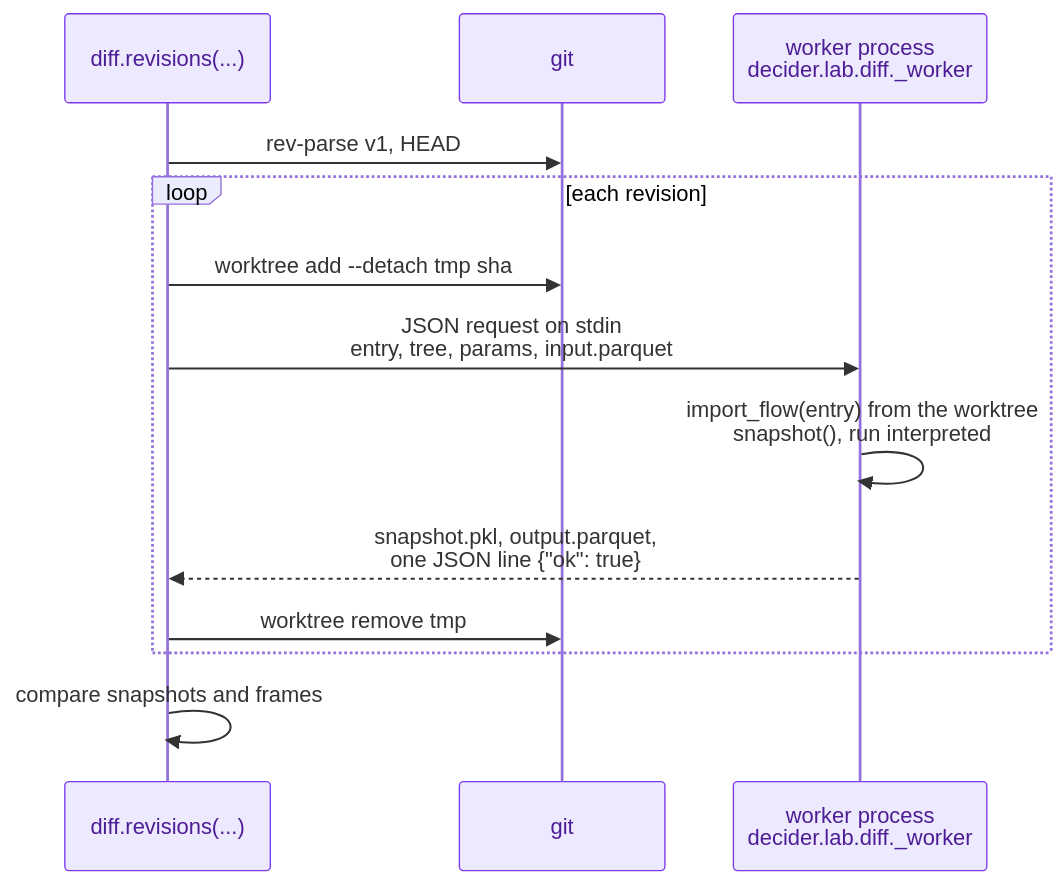
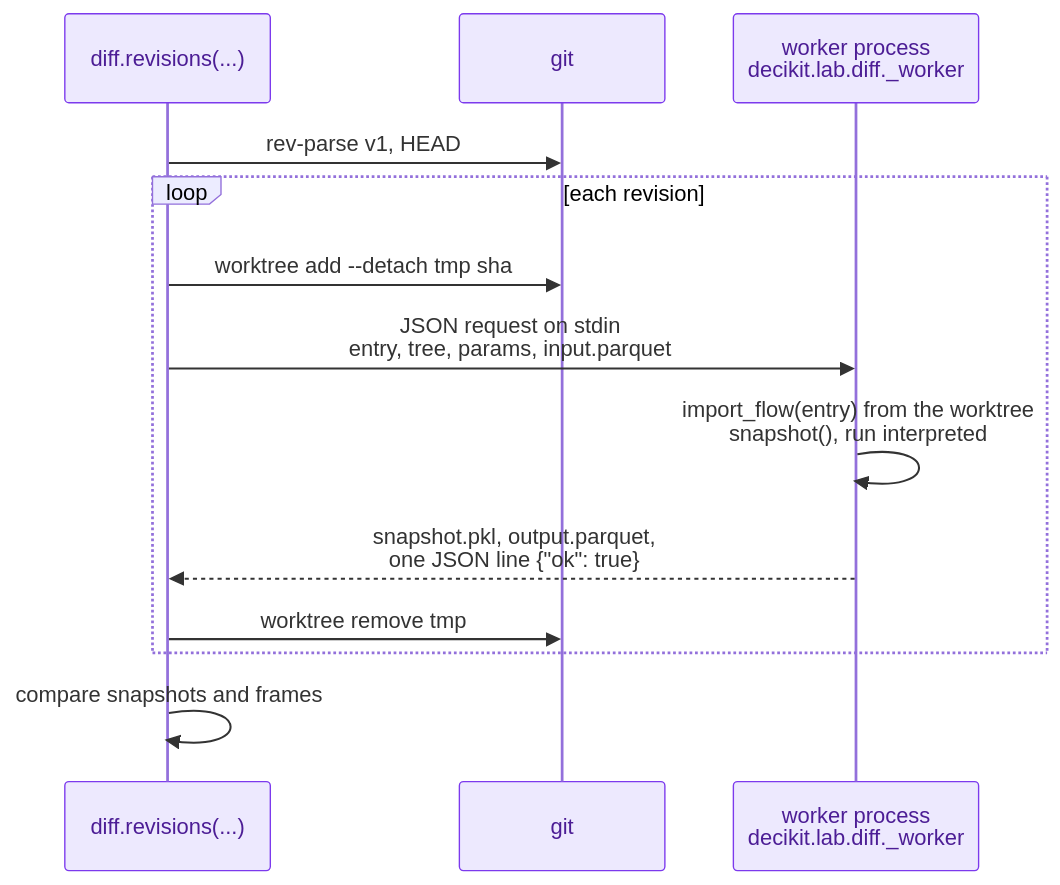
The diagram in docs/guides/diff-and-equivalence.md (capitec/dsp-decision-engine), drawn with Mermaid before and after one commit. The commit also changed other lines of this file and 1292 other files, not shown here.

Commit message:
rename decider to decikit: package, CLI, DECIKIT_* settings, plugin, extension, docs prose says decider toolkit

````diff
--- a/docs/guides/diff-and-equivalence.md
+++ b/docs/guides/diff-and-equivalence.md
@@ -167,16 +167,16 @@
 ```mermaid
 %%{init: {'themeVariables': {'actorBkg': '#ede9fe', 'actorBorder': '#7c3aed', 'actorTextColor': '#4c1d95', 'noteBkgColor': '#f3f4f6', 'noteTextColor': '#1f2937'}}}%%
 sequenceDiagram
     participant You as diff.revisions(...)
     participant Git as git
-    participant W as worker process<br/>decider.lab.diff._worker
+    participant W as worker process<br/>decikit.lab.diff._worker
     You->>Git: rev-parse v1, HEAD
     loop each revision
         You->>Git: worktree add --detach tmp sha
         You->>W: JSON request on stdin<br/>entry, tree, params, input.parquet
         W->>W: import_flow(entry) from the worktree<br/>snapshot(), run interpreted
         W-->>You: snapshot.pkl, output.parquet,<br/>one JSON line {"ok": true}
         You->>Git: worktree remove tmp
     end
     You->>You: compare snapshots and frames
 ```
````
